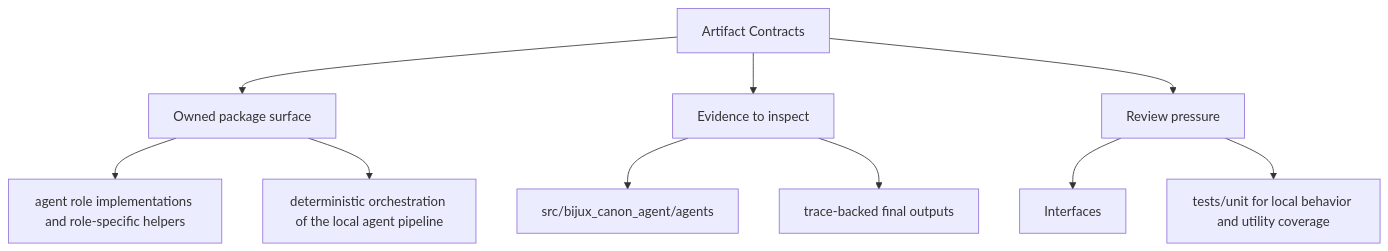
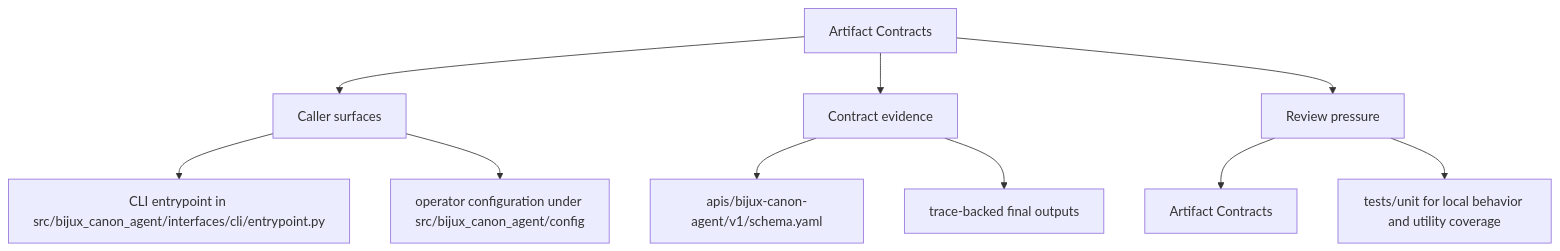
Before and after one commit to bijux/bijux-canon: the second of 2 diagrams in docs/bijux-canon-agent/interfaces/artifact-contracts.md, drawn with Mermaid. The commit also changed other lines of this file and 250 other files, not shown here.

Commit message:
docs(diagrams): make product page maps more readable

````diff
--- a/docs/bijux-canon-agent/interfaces/artifact-contracts.md
+++ b/docs/bijux-canon-agent/interfaces/artifact-contracts.md
@@ -35,22 +35,22 @@
 ```mermaid
 flowchart TD
     page["Artifact Contracts"]
-    focus1["Owned package surface"]
+    focus1["Caller surfaces"]
     page --> focus1
-    focus1_1["agent role implementations and role-specific helpers"]
+    focus1_1["CLI entrypoint in src/bijux_canon_agent/interfaces/cli/entrypoint.py"]
     focus1 --> focus1_1
-    focus1_2["deterministic orchestration of the local agent pipeline"]
+    focus1_2["operator configuration under src/bijux_canon_agent/config"]
     focus1 --> focus1_2
-    focus2["Evidence to inspect"]
+    focus2["Contract evidence"]
     page --> focus2
-    focus2_1["src/bijux_canon_agent/agents"]
+    focus2_1["apis/bijux-canon-agent/v1/schema.yaml"]
     focus2 --> focus2_1
     focus2_2["trace-backed final outputs"]
     focus2 --> focus2_2
     focus3["Review pressure"]
     page --> focus3
-    focus3_1["Interfaces"]
+    focus3_1["Artifact Contracts"]
     focus3 --> focus3_1
     focus3_2["tests/unit for local behavior and utility coverage"]
     focus3 --> focus3_2
 ```
````
